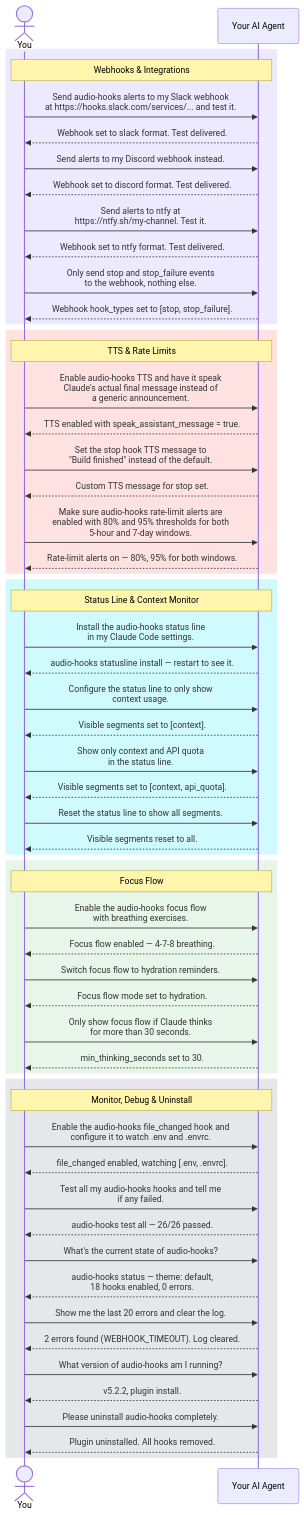
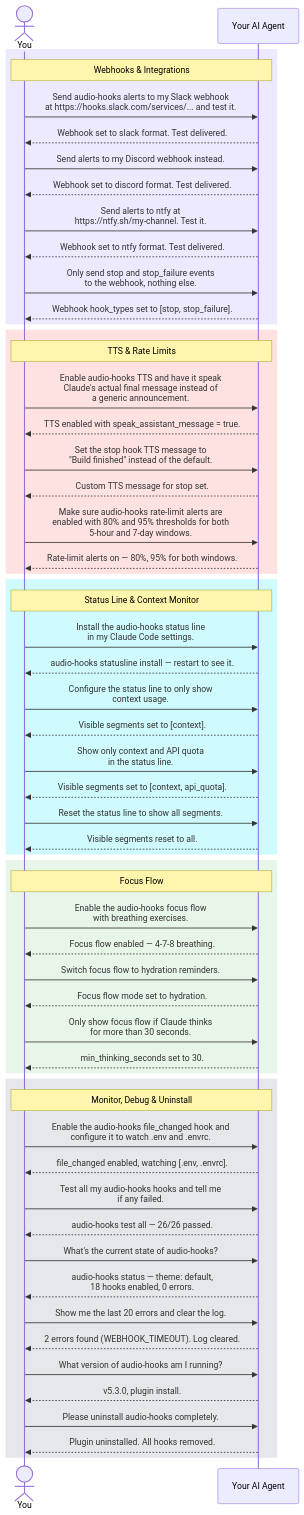
The fourth of 9 diagrams in README.md (Samehadar/echook), drawn with Mermaid before and after one commit. The commit also changed other lines of this file and 5 other files, not shown here.

First line of the commit message:
docs: sync docs to v5.3.0 + add diagrams and deployment links

````diff
--- a/README.md
+++ b/README.md
@@ -326,65 +365,65 @@
 ```mermaid
 sequenceDiagram
     actor You as You
     participant CC as Your AI Agent
 
     rect rgb(237, 233, 254)
     Note over You,CC: Webhooks & Integrations
     You->>CC: Send audio-hooks alerts to my Slack webhook<br/>at https://hooks.slack.com/services/... and test it.
     CC-->>You: Webhook set to slack format. Test delivered.
     You->>CC: Send alerts to my Discord webhook instead.
     CC-->>You: Webhook set to discord format. Test delivered.
     You->>CC: Send alerts to ntfy at<br/>https://ntfy.sh/my-channel. Test it.
     CC-->>You: Webhook set to ntfy format. Test delivered.
     You->>CC: Only send stop and stop_failure events<br/>to the webhook, nothing else.
     CC-->>You: Webhook hook_types set to [stop, stop_failure].
     end
 
     rect rgb(254, 226, 226)
     Note over You,CC: TTS & Rate Limits
     You->>CC: Enable audio-hooks TTS and have it speak<br/>Claude's actual final message instead of<br/>a generic announcement.
     CC-->>You: TTS enabled with speak_assistant_message = true.
     You->>CC: Set the stop hook TTS message to<br/>"Build finished" instead of the default.
     CC-->>You: Custom TTS message for stop set.
     You->>CC: Make sure audio-hooks rate-limit alerts are<br/>enabled with 80% and 95% thresholds for both<br/>5-hour and 7-day windows.
     CC-->>You: Rate-limit alerts on — 80%, 95% for both windows.
     end
 
     rect rgb(207, 250, 254)
     Note over You,CC: Status Line & Context Monitor
     You->>CC: Install the audio-hooks status line<br/>in my Claude Code settings.
     CC-->>You: audio-hooks statusline install — restart to see it.
     You->>CC: Configure the status line to only show<br/>context usage.
     CC-->>You: Visible segments set to [context].
     You->>CC: Show only context and API quota<br/>in the status line.
     CC-->>You: Visible segments set to [context, api_quota].
     You->>CC: Reset the status line to show all segments.
     CC-->>You: Visible segments reset to all.
     end
 
     rect rgb(232, 245, 233)
     Note over You,CC: Focus Flow
     You->>CC: Enable the audio-hooks focus flow<br/>with breathing exercises.
     CC-->>You: Focus flow enabled — 4-7-8 breathing.
     You->>CC: Switch focus flow to hydration reminders.
     CC-->>You: Focus flow mode set to hydration.
     You->>CC: Only show focus flow if Claude thinks<br/>for more than 30 seconds.
     CC-->>You: min_thinking_seconds set to 30.
     end
 
     rect rgb(229, 231, 235)
     Note over You,CC: Monitor, Debug & Uninstall
     You->>CC: Enable the audio-hooks file_changed hook and<br/>configure it to watch .env and .envrc.
     CC-->>You: file_changed enabled, watching [.env, .envrc].
     You->>CC: Test all my audio-hooks hooks and tell me<br/>if any failed.
     CC-->>You: audio-hooks test all — 26/26 passed.
     You->>CC: What's the current state of audio-hooks?
     CC-->>You: audio-hooks status — theme: default,<br/>18 hooks enabled, 0 errors.
     You->>CC: Show me the last 20 errors and clear the log.
     CC-->>You: 2 errors found (WEBHOOK_TIMEOUT). Log cleared.
     You->>CC: What version of audio-hooks am I running?
-    CC-->>You: v5.2.2, plugin install.
+    CC-->>You: v5.3.0, plugin install.
     You->>CC: Please uninstall audio-hooks completely.
     CC-->>You: Plugin uninstalled. All hooks removed.
     end
 ```
````
